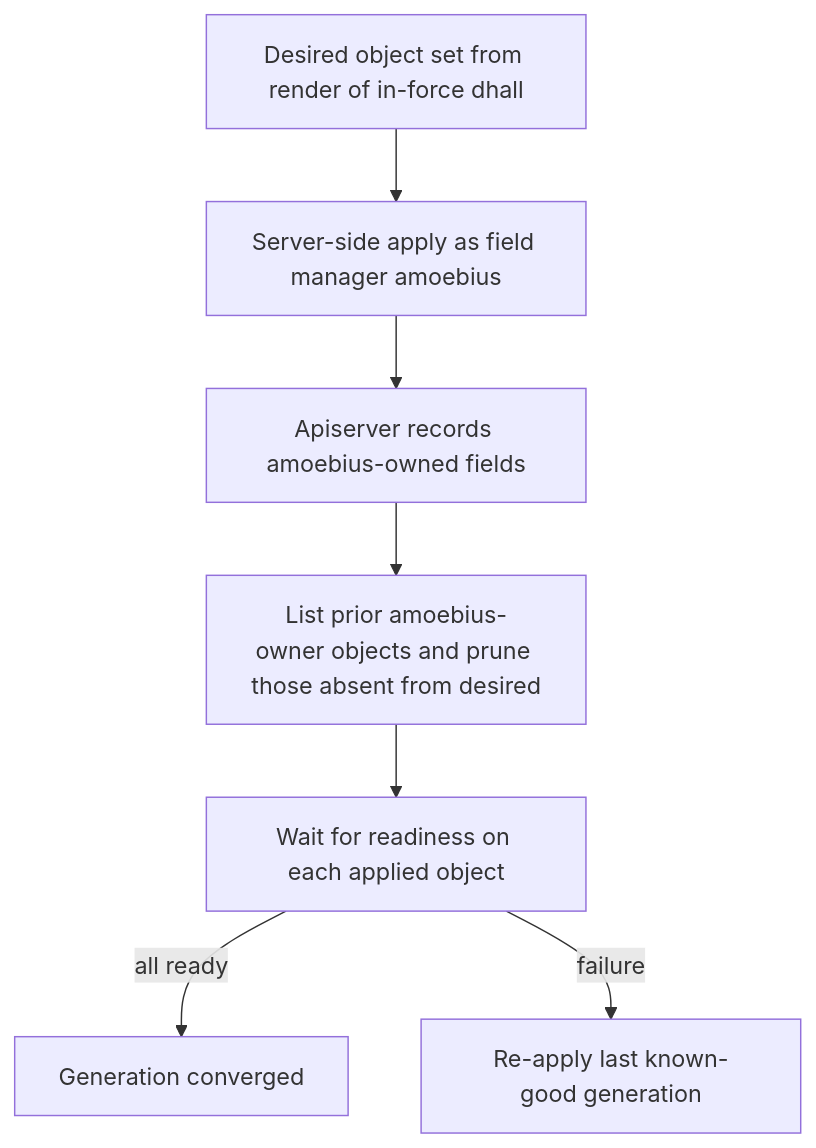
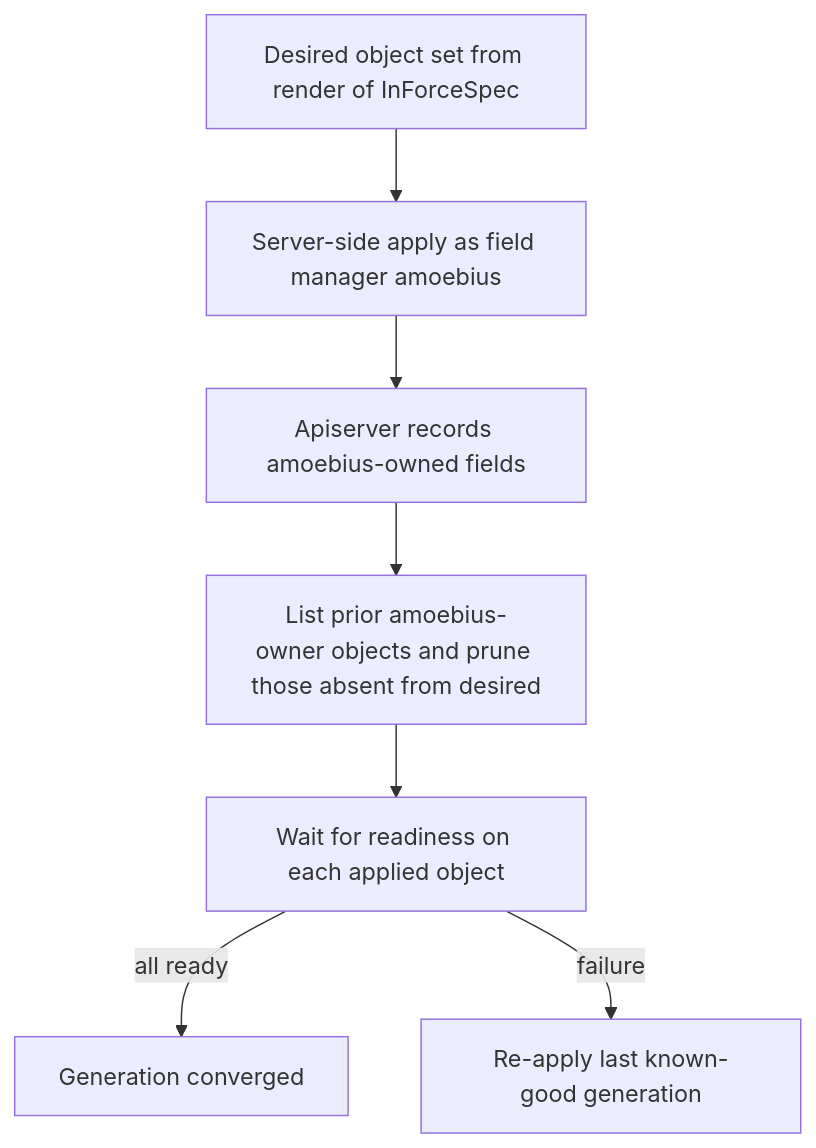
The second of 4 diagrams in documents/engineering/manifest_generation_doctrine.md (Tuee22/amoebius), drawn with Mermaid before and after one commit. The commit also changed other lines of this file and 37 other files, not shown here.

````diff
--- a/documents/engineering/manifest_generation_doctrine.md
+++ b/documents/engineering/manifest_generation_doctrine.md
@@ -242,9 +242,9 @@
 ```mermaid
 flowchart TD
-  desired[Desired object set from render of in-force dhall] --> ssa[Server-side apply as field manager amoebius]
+  desired[Desired object set from render of InForceSpec] --> ssa[Server-side apply as field manager amoebius]
   ssa --> own[Apiserver records amoebius-owned fields]
   own --> prune[List prior amoebius-owner objects and prune those absent from desired]
   prune --> wait[Wait for readiness on each applied object]
   wait -->|all ready| done[Generation converged]
   wait -->|failure| rollback[Re-apply last known-good generation]
 ```
````
